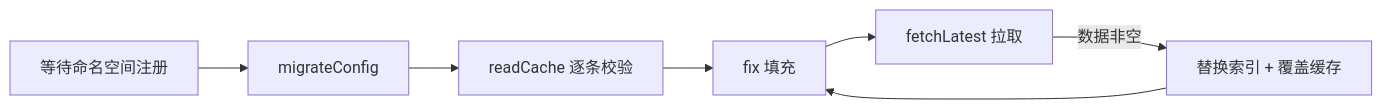
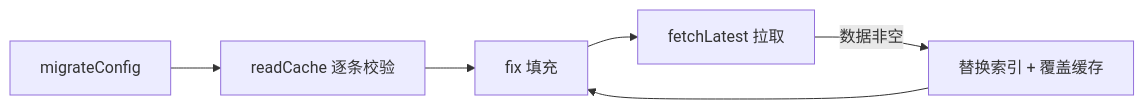
The diagram in AGENTS.md (TikaFlow/dsh-model-fix), drawn with Mermaid before and after one commit. The commit also changed other lines of this file and 19 other files, not shown here.

````diff
--- a/AGENTS.md
+++ b/AGENTS.md
@@ -96,9 +107,8 @@
 ```mermaid
 graph LR
-    R[等待命名空间注册] --> M[migrateConfig]
-    M --> C[readCache 逐条校验]
+    M[migrateConfig] --> C[readCache 逐条校验]
     C --> F[fix 填充]
     F --> X[fetchLatest 拉取]
     X -->|数据非空| I[替换索引 + 覆盖缓存]
     I --> F
 ```
````
